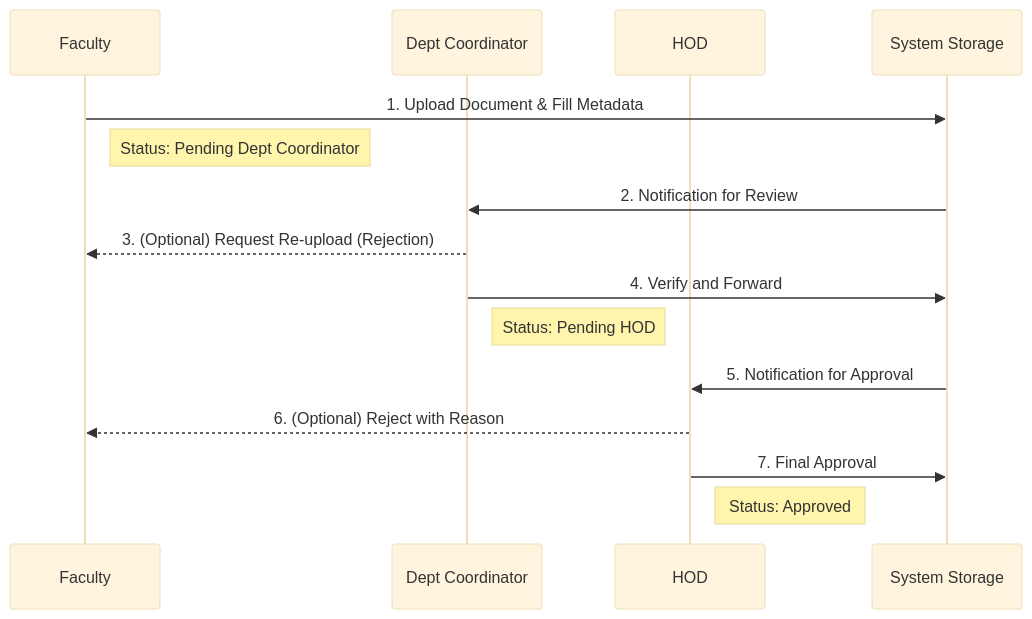
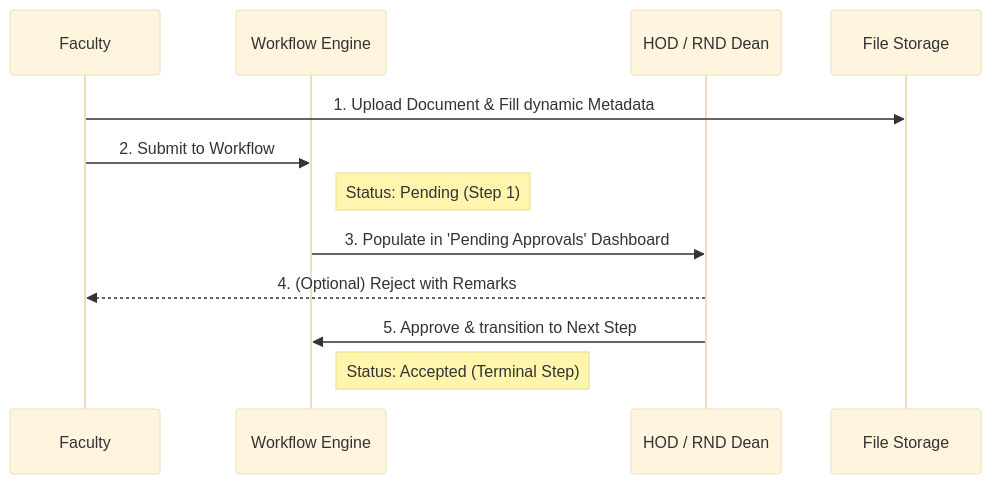
Before and after one commit to Karanam-Gowtham/FMS: the second of 2 diagrams in README.md, drawn with Mermaid (base theme). The commit also changed other lines of this file, not shown here.

````diff
--- a/README.md
+++ b/README.md
@@ -61,20 +55,16 @@
 ```mermaid
 sequenceDiagram
     participant Faculty
-    participant DC as Dept Coordinator
-    participant HOD
-    participant Storage as System Storage
+    participant Engine as Workflow Engine
+    participant Reviewer as HOD / RND Dean
+    participant Storage as File Storage
 
-    Faculty->>Storage: 1. Upload Document & Fill Metadata
-    Note right of Faculty: Status: Pending Dept Coordinator
+    Faculty->>Storage: 1. Upload Document & Fill dynamic Metadata
+    Faculty->>Engine: 2. Submit to Workflow
+    Note right of Engine: Status: Pending (Step 1)
 
-    Storage->>DC: 2. Notification for Review
-    DC-->>Faculty: 3. (Optional) Request Re-upload (Rejection)
-    DC->>Storage: 4. Verify and Forward
-    Note right of DC: Status: Pending HOD
-
-    Storage->>HOD: 5. Notification for Approval
-    HOD-->>Faculty: 6. (Optional) Reject with Reason
-    HOD->>Storage: 7. Final Approval
-    Note right of HOD: Status: Approved
+    Engine->>Reviewer: 3. Populate in 'Pending Approvals' Dashboard
+    Reviewer-->>Faculty: 4. (Optional) Reject with Remarks
+    Reviewer->>Engine: 5. Approve & transition to Next Step
+    Note right of Engine: Status: Accepted (Terminal Step)
 ```
````
